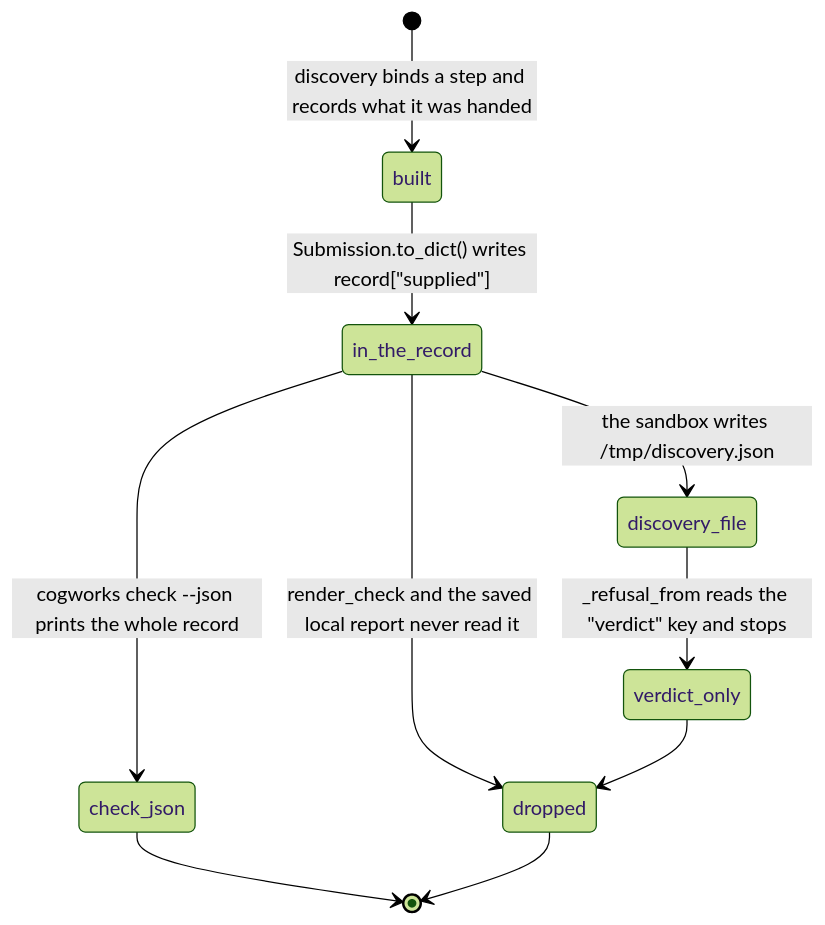
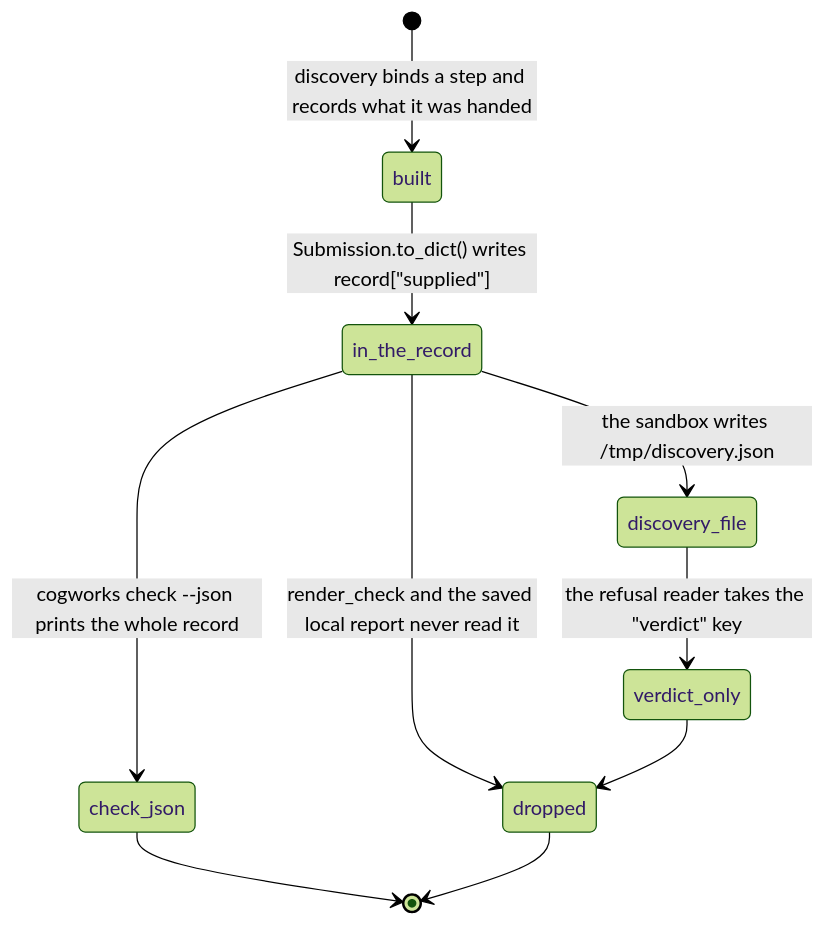
Before and after one commit to SamGu-NRX/CogPortal: the diagram in docs/product-description/cross-cutting/what-the-benchmark-supplied.md, drawn with Mermaid (forest theme). The commit also changed other lines of this file and 41 other files, not shown here.

````diff
--- a/docs/product-description/cross-cutting/what-the-benchmark-supplied.md
+++ b/docs/product-description/cross-cutting/what-the-benchmark-supplied.md
@@ -45,12 +40,12 @@
 ```mermaid
 stateDiagram-v2
     [*] --> built : discovery binds a step and records what it was handed
     built --> in_the_record : Submission.to_dict() writes record["supplied"]
     in_the_record --> check_json : cogworks check --json prints the whole record
     in_the_record --> discovery_file : the sandbox writes /tmp/discovery.json
     in_the_record --> dropped : render_check and the saved local report never read it
-    discovery_file --> verdict_only : _refusal_from reads the "verdict" key and stops
+    discovery_file --> verdict_only : the refusal reader takes the "verdict" key
     verdict_only --> dropped
     check_json --> [*]
     dropped --> [*]
 ```
````
